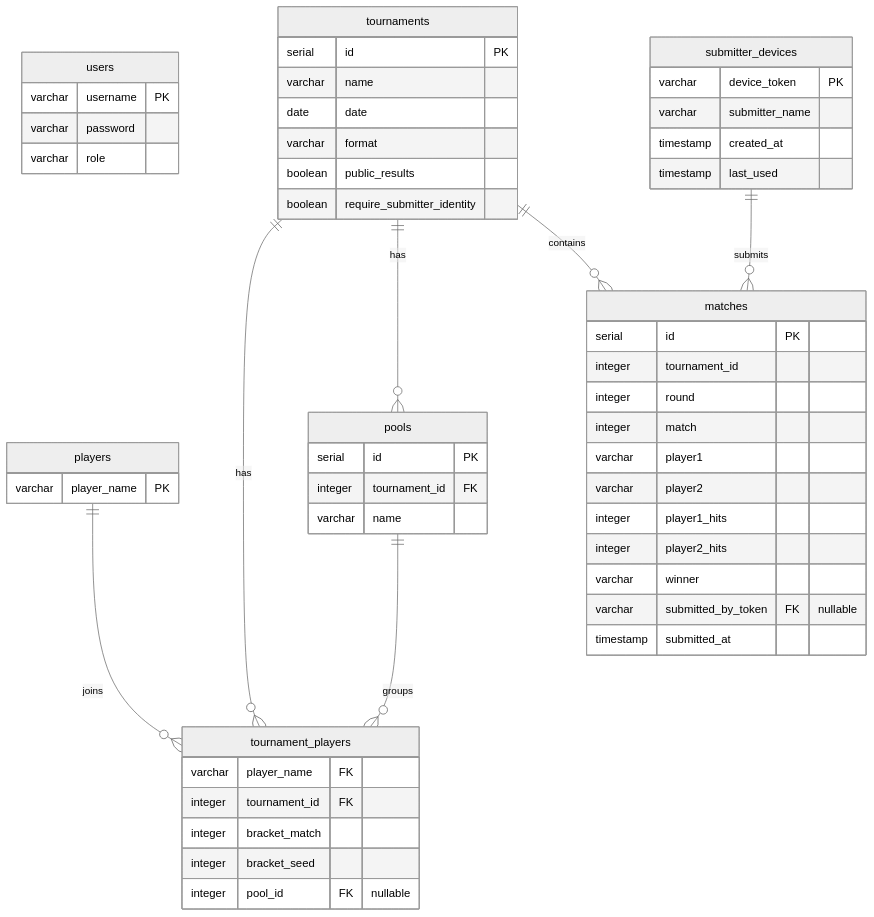
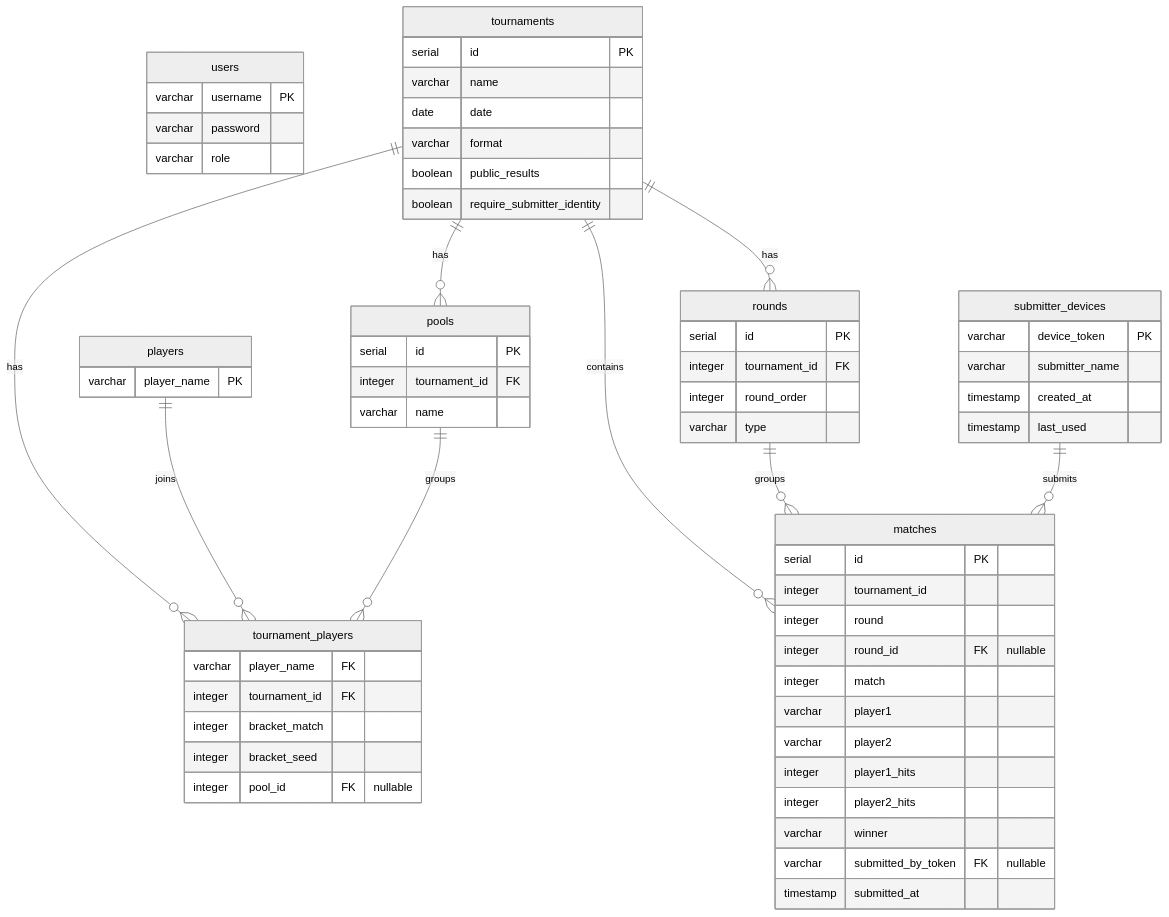
The second of 5 diagrams in docs/architecture.md (cy6erskunk/tournament-app), drawn with Mermaid (neutral theme) before and after one commit. The commit also changed other lines of this file and 15 other files, not shown here.

First line of the commit message:
Step 1: Replace stages model with rounds-based tournament architecture

````diff
--- a/docs/architecture.md
+++ b/docs/architecture.md
@@ -118,63 +118,73 @@
 ```mermaid
 erDiagram
     users {
         varchar username PK
         varchar password
         varchar role
     }
 
     tournaments {
         serial id PK
         varchar name
         date date
         varchar format
         boolean public_results
         boolean require_submitter_identity
     }
 
     players {
         varchar player_name PK
     }
 
     tournament_players {
         varchar player_name FK
         integer tournament_id FK
         integer bracket_match
         integer bracket_seed
         integer pool_id FK "nullable"
     }
 
+    rounds {
+        serial id PK
+        integer tournament_id FK
+        integer round_order
+        varchar type
+    }
+
     matches {
         serial id PK
         integer tournament_id
         integer round
+        integer round_id FK "nullable"
         integer match
         varchar player1
         varchar player2
         integer player1_hits
         integer player2_hits
         varchar winner
         varchar submitted_by_token FK "nullable"
         timestamp submitted_at
     }
 
     pools {
         serial id PK
         integer tournament_id FK
         varchar name
     }
 
     submitter_devices {
         varchar device_token PK
         varchar submitter_name
         timestamp created_at
         timestamp last_used
     }
 
     tournaments ||--o{ tournament_players : "has"
     players ||--o{ tournament_players : "joins"
     tournaments ||--o{ pools : "has"
+    tournaments ||--o{ rounds : "has"
     tournaments ||--o{ matches : "contains"
     pools ||--o{ tournament_players : "groups"
+    rounds ||--o{ matches : "groups"
     submitter_devices ||--o{ matches : "submits"
 ```
````
